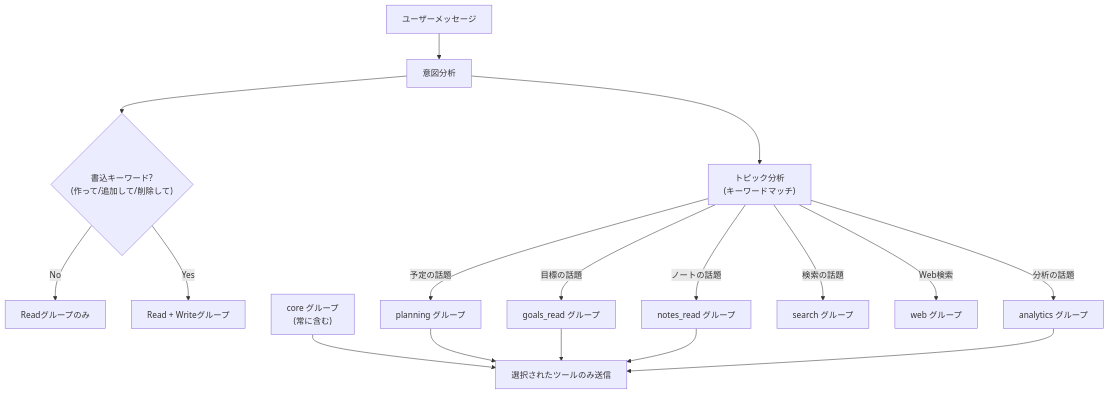
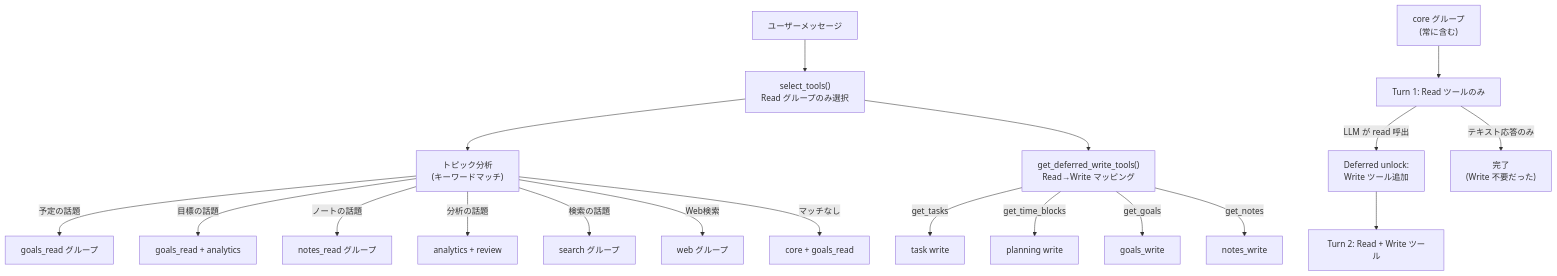
The fourth of 12 diagrams in kensan-ai/ARCHITECTURE.md (yu-min3/kensan), drawn with Mermaid before and after one commit. The commit also changed other lines of this file and 64 other files, not shown here.

````diff
--- a/kensan-ai/ARCHITECTURE.md
+++ b/kensan-ai/ARCHITECTURE.md
@@ -199,26 +194,27 @@
 ```mermaid
 flowchart TB
-    Msg["ユーザーメッセージ"] --> Intent["意図分析"]
+    Msg["ユーザーメッセージ"] --> Select["select_tools()<br/>Read グループのみ選択"]
 
-    Intent --> ReadWrite{"書込キーワード?<br/>(作って/追加して/削除して)"}
+    Select --> Topic["トピック分析<br/>(キーワードマッチ)"]
 
-    ReadWrite -->|No| ReadOnly["Readグループのみ"]
-    ReadWrite -->|Yes| ReadAndWrite["Read + Writeグループ"]
-
-    Intent --> Topic["トピック分析<br/>(キーワードマッチ)"]
-
-    Topic -->|予定の話題| PlanGroup["planning グループ"]
-    Topic -->|目標の話題| GoalGroup["goals_read グループ"]
+    Topic -->|予定の話題| PlanGroup["goals_read グループ"]
+    Topic -->|目標の話題| GoalGroup["goals_read + analytics"]
     Topic -->|ノートの話題| NoteGroup["notes_read グループ"]
-    Topic -->|分析の話題| AnalGroup["analytics グループ"]
+    Topic -->|分析の話題| AnalGroup["analytics + review"]
     Topic -->|検索の話題| SearchGroup["search グループ"]
     Topic -->|Web検索| WebGroup["web グループ"]
+    Topic -->|マッチなし| Default["core + goals_read"]
 
     Core["core グループ<br/>(常に含む)"]
 
-    Core --> Final["選択されたツールのみ送信"]
-    PlanGroup --> Final
-    GoalGroup --> Final
-    NoteGroup --> Final
-    AnalGroup --> Final
+    Select --> Deferred["get_deferred_write_tools()<br/>Read→Write マッピング"]
+    Deferred -->|get_tasks| TaskW["task write"]
+    Deferred -->|get_time_blocks| PlanW["planning write"]
+    Deferred -->|get_goals| GoalW["goals_write"]
+    Deferred -->|get_notes| NoteW["notes_write"]
+
+    Core --> Turn1["Turn 1: Read ツールのみ"]
+    Turn1 -->|LLM が read 呼出| Unlock["Deferred unlock:<br/>Write ツール追加"]
+    Unlock --> Turn2["Turn 2: Read + Write ツール"]
+    Turn1 -->|テキスト応答のみ| Done["完了<br/>(Write 不要だった)"]
 ```
````
